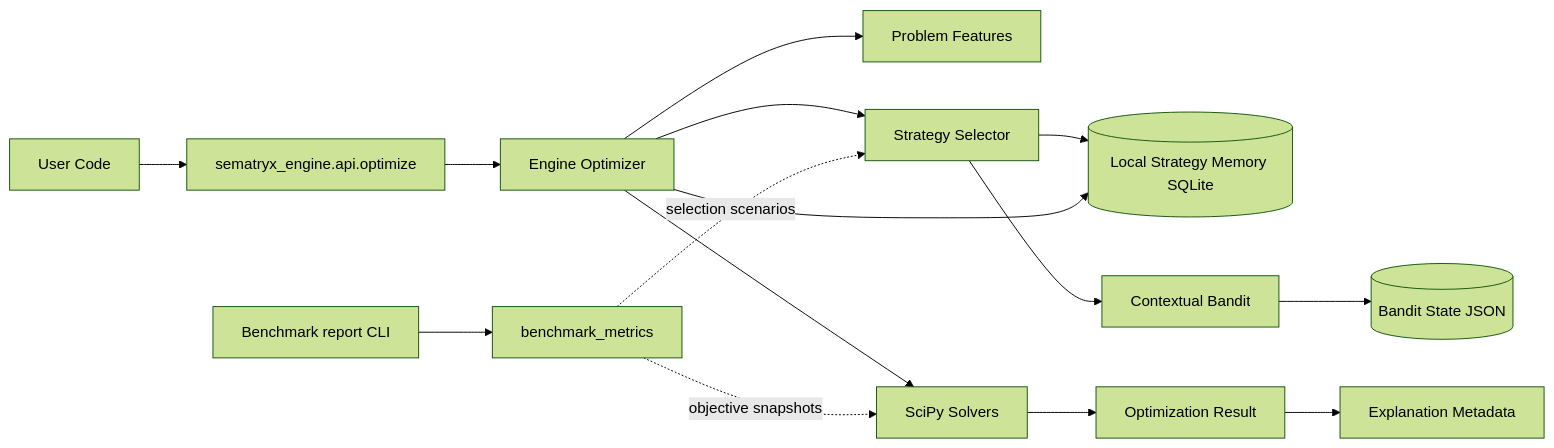
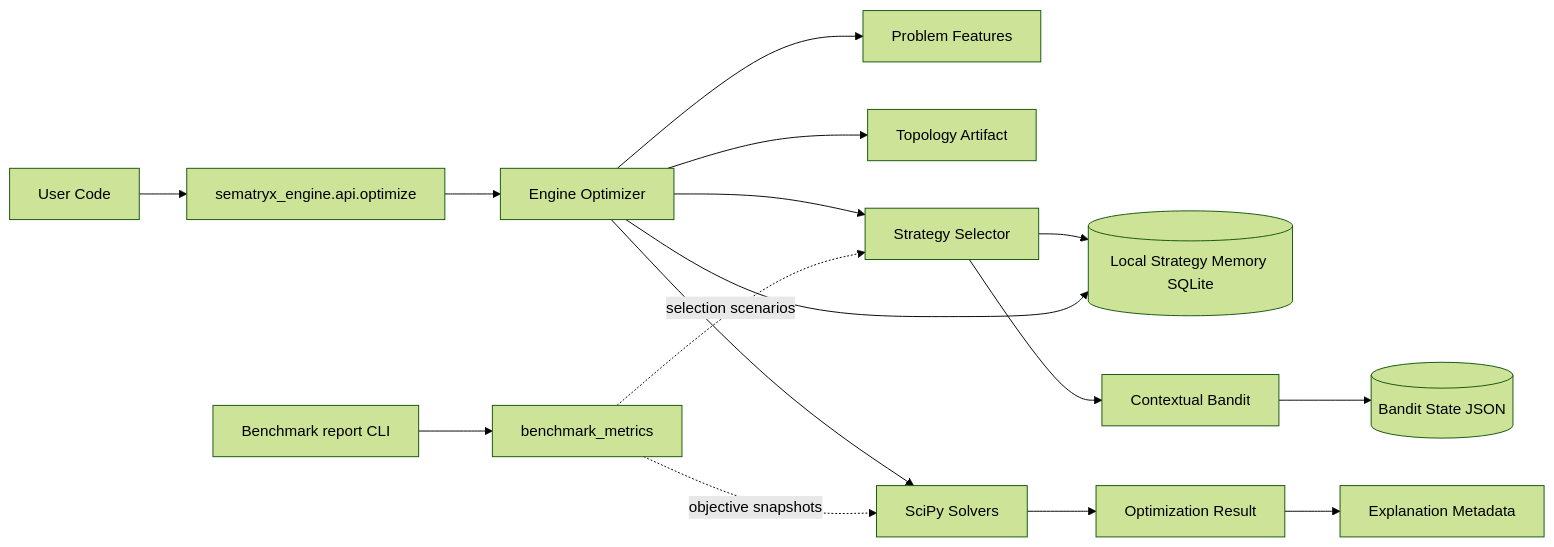
One commit to sematryx/sematryx-engine changed the diagram in docs/architecture/SYSTEM_OVERVIEW.md. Above: the diagram before and after it, drawn with Mermaid (forest theme). The commit also changed other lines of this file and 14 other files, not shown here.

````diff
--- a/docs/architecture/SYSTEM_OVERVIEW.md
+++ b/docs/architecture/SYSTEM_OVERVIEW.md
@@ -3,17 +3,18 @@
 ```mermaid
 flowchart LR
     U[User Code] --> API[sematryx_engine.api.optimize]
     API --> OPT[Engine Optimizer]
     OPT --> FEAT[Problem Features]
+    OPT --> TOPO[Topology Artifact]
     OPT --> SEL[Strategy Selector]
     SEL --> MEM[(Local Strategy Memory SQLite)]
     SEL --> BANDIT[Contextual Bandit]
     BANDIT --> BANDIT_STATE[(Bandit State JSON)]
     OPT --> SOLV[SciPy Solvers]
     SOLV --> RES[Optimization Result]
     OPT --> MEM
     RES --> EXP[Explanation Metadata]
     GEN[Benchmark report CLI] --> BMET[benchmark_metrics]
     BMET -. selection scenarios .-> SEL
     BMET -. objective snapshots .-> SOLV
 ```
````
